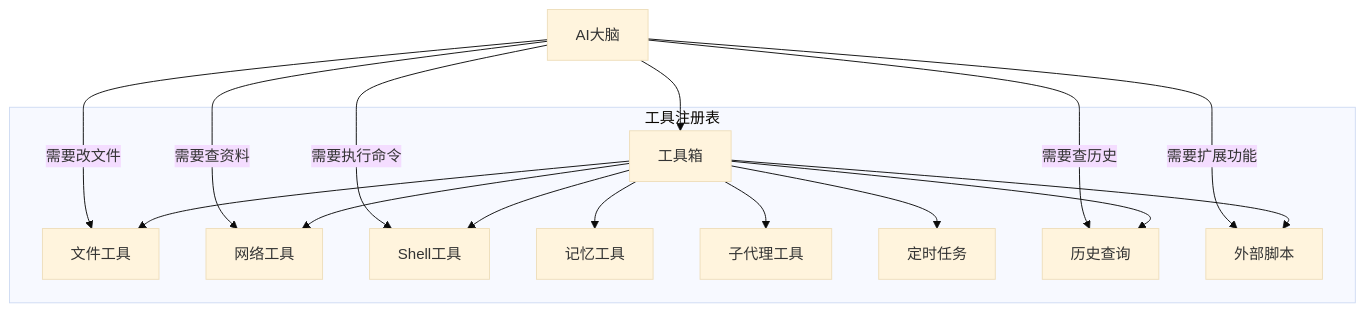
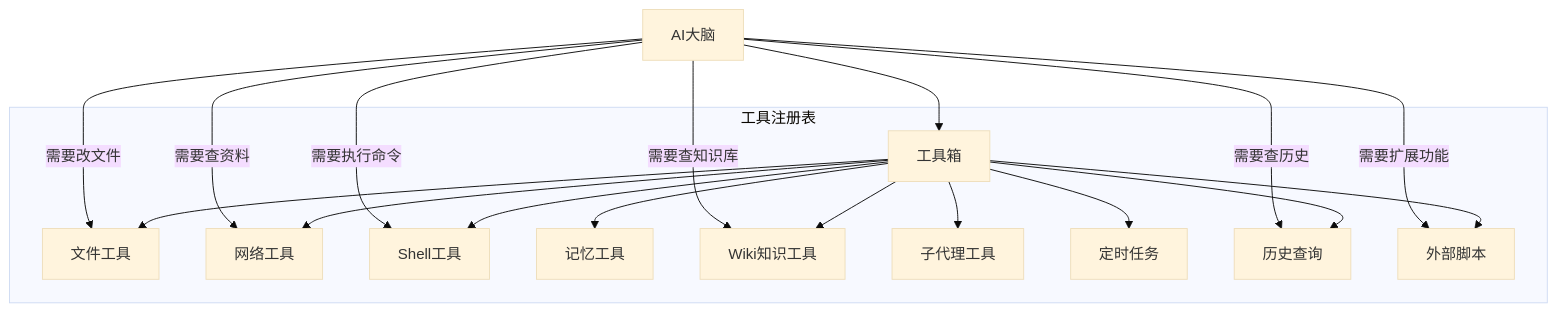
Diagram 12 of 17 in docs/tools.md (yeheng/nanobot-rs), drawn with Mermaid (base theme) before and after one commit. The commit also changed other lines of this file and 57 other files, not shown here.

````diff
--- a/docs/tools.md
+++ b/docs/tools.md
@@ -330,22 +371,24 @@
 ```mermaid
 flowchart TB
     subgraph 工具注册表
         R[工具箱]
         R --> T1[文件工具]
         R --> T2[网络工具]
         R --> T3[Shell工具]
         R --> T4[记忆工具]
+        R --> T4a[Wiki知识工具]
         R --> T5[子代理工具]
         R --> T6[定时任务]
         R --> T7[历史查询]
         R --> T8[外部脚本]
     end
     
     AI[AI大脑] --> R
     
     AI -->|需要查资料| T2
     AI -->|需要改文件| T1
     AI -->|需要执行命令| T3
     AI -->|需要查历史| T7
     AI -->|需要扩展功能| T8
+    AI -->|需要查知识库| T4a
 ```
````
